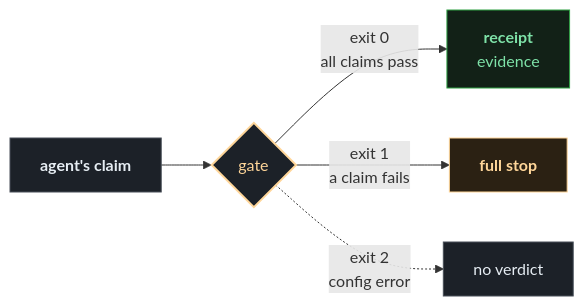
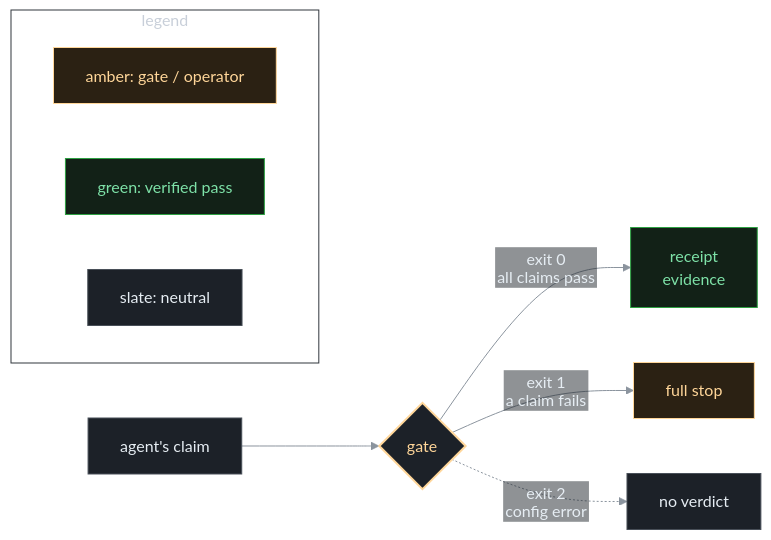
Before and after one commit to pietro-falco/harnesswright: the first of 3 diagrams in README.md, drawn with Mermaid. The commit also changed other lines of this file, not shown here.

Commit message:
docs(readme): mermaid house style v2 — native SVG labels, color legend (S-SR-004)

````diff
--- a/README.md
+++ b/README.md
@@ -18,15 +18,22 @@
 ```mermaid
-%%{init: {"theme":"base","themeVariables":{"fontFamily":"-apple-system,BlinkMacSystemFont,'Segoe UI',Helvetica,Arial,sans-serif","fontSize":"15px","primaryColor":"#1c2128","primaryTextColor":"#e6edf3","primaryBorderColor":"#484f58","lineColor":"#8b949e","edgeLabelBackground":"#21262d"},"flowchart":{"htmlLabels":true,"curve":"basis","padding":14,"nodeSpacing":50,"rankSpacing":55,"wrappingWidth":260}}}%%
+%%{init: {"theme":"base","themeVariables":{"primaryColor":"#1c2128","primaryTextColor":"#e6edf3","primaryBorderColor":"#484f58","lineColor":"#8b949e","edgeLabelBackground":"#21262d","clusterBkg":"transparent","clusterBorder":"#30363d"},"flowchart":{"htmlLabels":false,"curve":"basis","padding":16,"nodeSpacing":55,"rankSpacing":60}}}%%
 flowchart LR
-    n1["<b>agent's claim</b>"] --> n2{"gate"}
-    n2 -->|"exit 0<br/>all claims pass"| n3["<b>receipt</b><br/>evidence"]
-    n2 -->|"exit 1<br/>a claim fails"| n4["<b>full stop</b>"]
+    n1["agent's claim"] --> n2{"gate"}
+    n2 -->|"exit 0<br/>all claims pass"| n3["receipt<br/>evidence"]
+    n2 -->|"exit 1<br/>a claim fails"| n4["full stop"]
     n2 -.->|"exit 2<br/>config error"| n5["no verdict"]
+    subgraph legend["legend"]
+        direction LR
+        k1["amber: gate / operator"]:::halt
+        k2["green: verified pass"]:::pass
+        k3["slate: neutral"]:::neutral
+    end
     classDef default fill:#1c2128,stroke:#484f58,color:#e6edf3
+    classDef neutral fill:#1c2128,stroke:#484f58,color:#e6edf3
     classDef gate fill:#1c2128,stroke:#ffd699,color:#ffd699,stroke-width:2px
     classDef pass fill:#122117,stroke:#2ea043,color:#7ee2a8
     classDef halt fill:#2b2113,stroke:#ffd699,color:#ffd699
     class n2 gate
     class n3 pass
     class n4 halt
 ```
````
